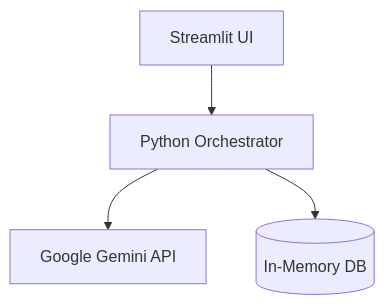
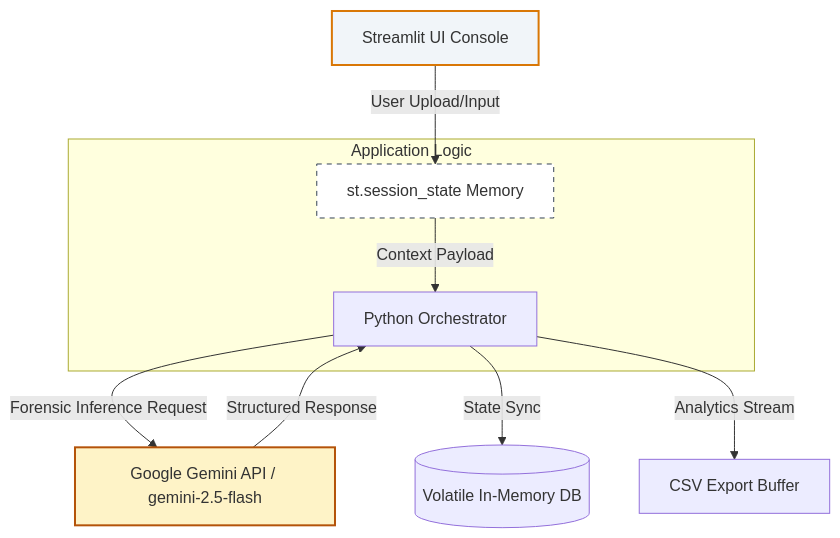
Before and after one commit to mohankrishnanchellinkula-afk/zeus-ai: the diagram in README.md, drawn with Mermaid.

````diff
--- a/README.md
+++ b/README.md
@@ -24,11 +24,25 @@
 ```mermaid
 graph TD
-    UI[Streamlit UI]
+    UI[Streamlit UI Console] 
+    
+    subgraph "Application Logic"
+    State[st.session_state Memory]
     Logic[Python Orchestrator]
-    Gemini[Google Gemini API]
-    DB[(In-Memory DB)]
+    end
+    
+    Gemini[Google Gemini API / gemini-2.5-flash]
+    
+    DB[(Volatile In-Memory DB)]
+    CSV[CSV Export Buffer]
+    
+    UI -->|User Upload/Input| State
+    State -->|Context Payload| Logic
+    Logic -->|Forensic Inference Request| Gemini
+    Gemini -->|Structured Response| Logic
+    Logic -->|State Sync| DB
+    Logic -->|Analytics Stream| CSV
 
-    UI --> Logic
-    Logic --> Gemini
-    Logic --> DB
+    style UI fill:#f1f5f9,stroke:#d97706,stroke-width:2px
+    style Gemini fill:#fef3c7,stroke:#b45309,stroke-width:2px
+    style State fill:#ffffff,stroke:#334155,stroke-dasharray: 5 5
 ```
````
